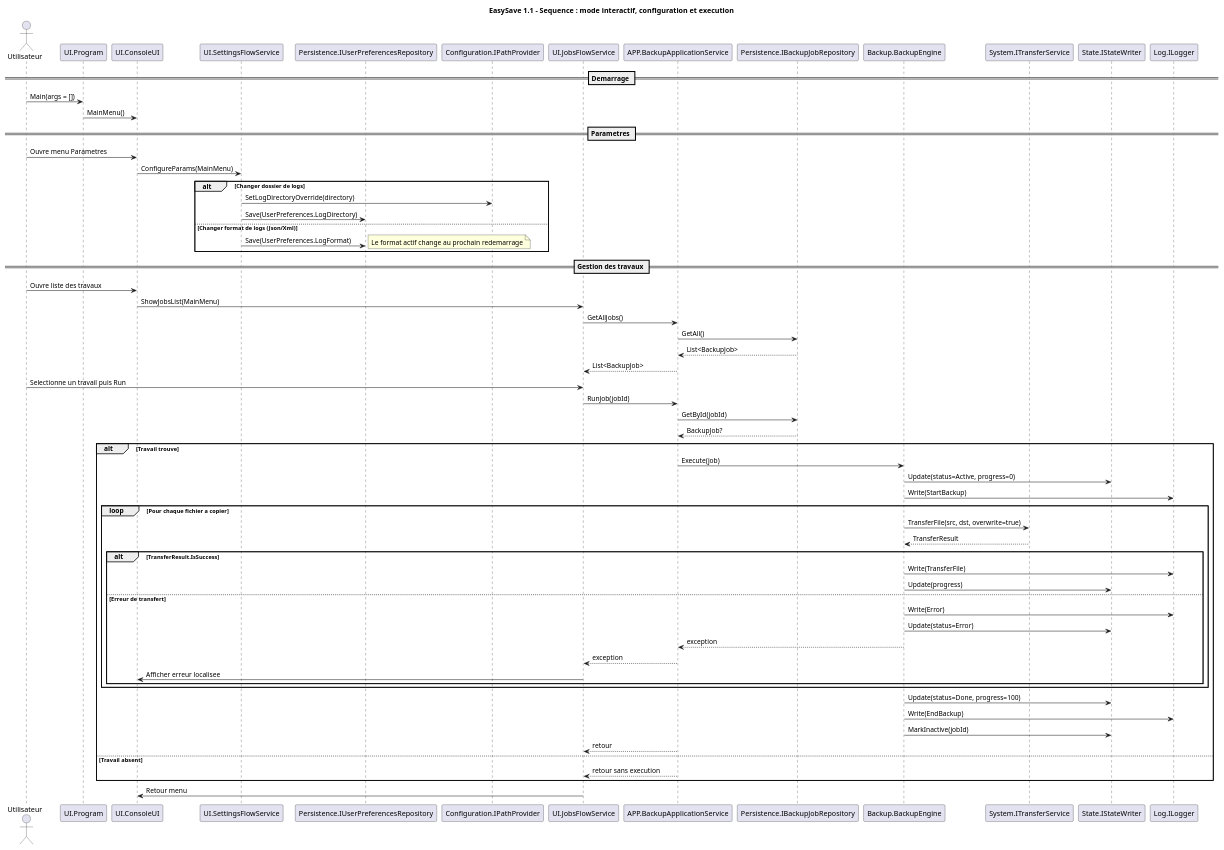
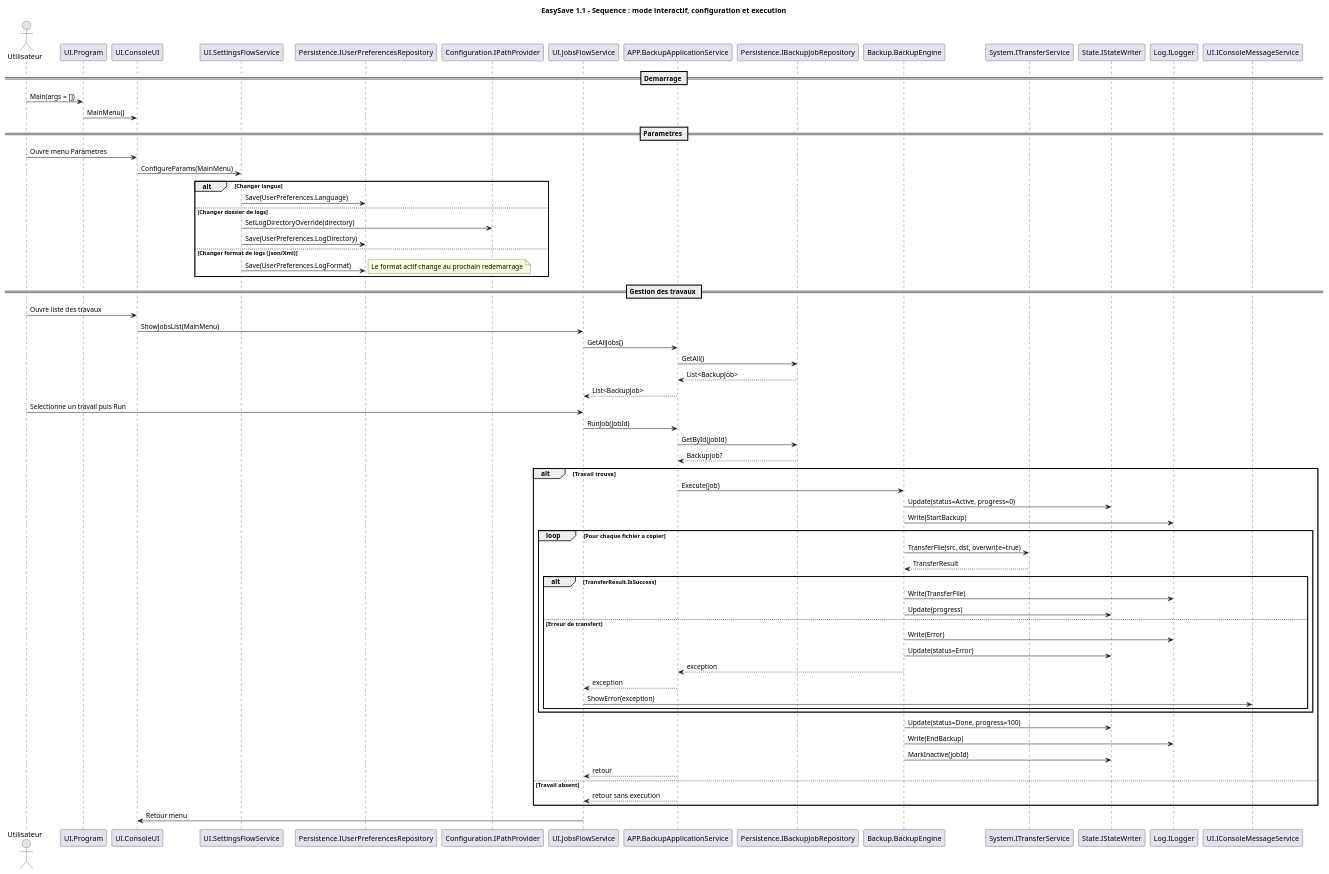
One commit to ant0rbtll/EasySave changed the diagram in docs/sequence.puml. Above: the diagram before and after it, drawn with PlantUML. The commit also changed 2 other files, not shown here.

```diff
--- a/docs/sequence.puml
+++ b/docs/sequence.puml
@@ -1,78 +1,81 @@
 @startuml
 title EasySave 1.1 - Sequence : mode interactif, configuration et execution
 
 actor Utilisateur as User
 participant "UI.Program" as Program
 participant "UI.ConsoleUI" as ConsoleUI
 participant "UI.SettingsFlowService" as SettingsFlow
 participant "Persistence.IUserPreferencesRepository" as PrefRepo
 participant "Configuration.IPathProvider" as PathProvider
 participant "UI.JobsFlowService" as JobsFlow
 participant "APP.BackupApplicationService" as App
 participant "Persistence.IBackupJobRepository" as Repo
 participant "Backup.BackupEngine" as Engine
 participant "System.ITransferService" as Transfer
 participant "State.IStateWriter" as State
 participant "Log.ILogger" as Logger
+participant "UI.IConsoleMessageService" as Msg
 
 == Demarrage ==
 User -> Program : Main(args = [])
 Program -> ConsoleUI : MainMenu()
 
 == Parametres ==
 User -> ConsoleUI : Ouvre menu Parametres
 ConsoleUI -> SettingsFlow : ConfigureParams(MainMenu)
 
-alt Changer dossier de logs
+alt Changer langue
+  SettingsFlow -> PrefRepo : Save(UserPreferences.Language)
+else Changer dossier de logs
   SettingsFlow -> PathProvider : SetLogDirectoryOverride(directory)
   SettingsFlow -> PrefRepo : Save(UserPreferences.LogDirectory)
 else Changer format de logs (Json/Xml)
   SettingsFlow -> PrefRepo : Save(UserPreferences.LogFormat)
   note right: Le format actif change au prochain redemarrage
 end
 
 == Gestion des travaux ==
 User -> ConsoleUI : Ouvre liste des travaux
 ConsoleUI -> JobsFlow : ShowJobsList(MainMenu)
 JobsFlow -> App : GetAllJobs()
 App -> Repo : GetAll()
 Repo --> App : List<BackupJob>
 App --> JobsFlow : List<BackupJob>
 
 User -> JobsFlow : Selectionne un travail puis Run
 JobsFlow -> App : RunJob(jobId)
 App -> Repo : GetById(jobId)
 Repo --> App : BackupJob?
 
 alt Travail trouve
   App -> Engine : Execute(job)
   Engine -> State : Update(status=Active, progress=0)
   Engine -> Logger : Write(StartBackup)
 
   loop Pour chaque fichier a copier
     Engine -> Transfer : TransferFile(src, dst, overwrite=true)
     Transfer --> Engine : TransferResult
 
     alt TransferResult.IsSuccess
       Engine -> Logger : Write(TransferFile)
       Engine -> State : Update(progress)
     else Erreur de transfert
       Engine -> Logger : Write(Error)
       Engine -> State : Update(status=Error)
       Engine --> App : exception
       App --> JobsFlow : exception
-      JobsFlow -> ConsoleUI : Afficher erreur localisee
+      JobsFlow -> Msg : ShowError(exception)
     end
   end
 
   Engine -> State : Update(status=Done, progress=100)
   Engine -> Logger : Write(EndBackup)
   Engine -> State : MarkInactive(jobId)
   App --> JobsFlow : retour
 else Travail absent
   App --> JobsFlow : retour sans execution
 end
 
 JobsFlow -> ConsoleUI : Retour menu
 
 @enduml
```
